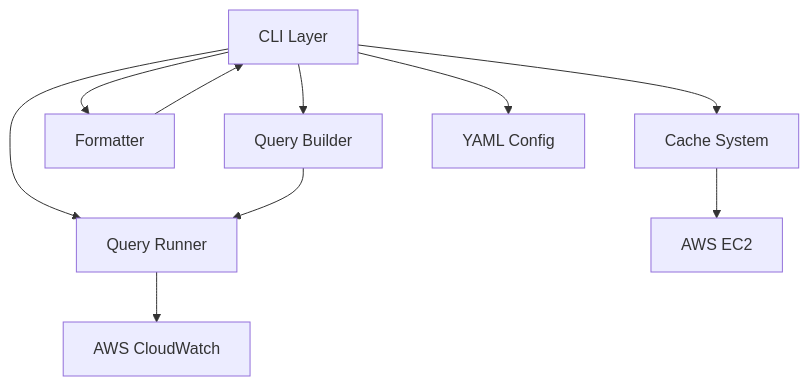
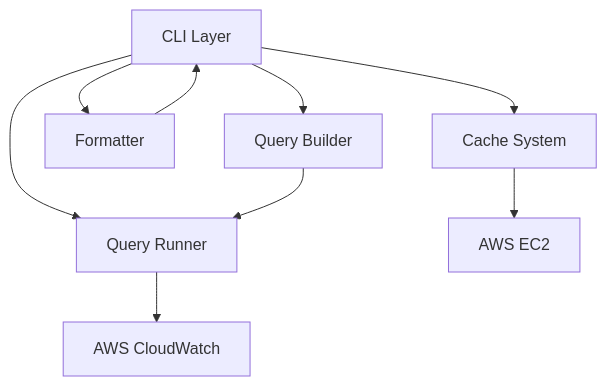
Before and after one commit to fractalops/fli: the first of 3 diagrams in docs/design/architecture.md, drawn with Mermaid. The commit also changed other lines of this file and 2 other files, not shown here.

First line of the commit message:
chore :Remove YAML execution functionality and update docs

````diff
--- a/docs/design/architecture.md
+++ b/docs/design/architecture.md
@@ -9,12 +9,11 @@
 ```mermaid
 graph TD
     A[CLI Layer] --> B[Query Builder]
     A --> C[Query Runner]
     A --> D[Formatter]
     A --> E[Cache System]
-    A --> J[YAML Config]
     C --> G[AWS CloudWatch]
     E --> H[AWS EC2]
     B --> C
     D --> A
 ```
````
